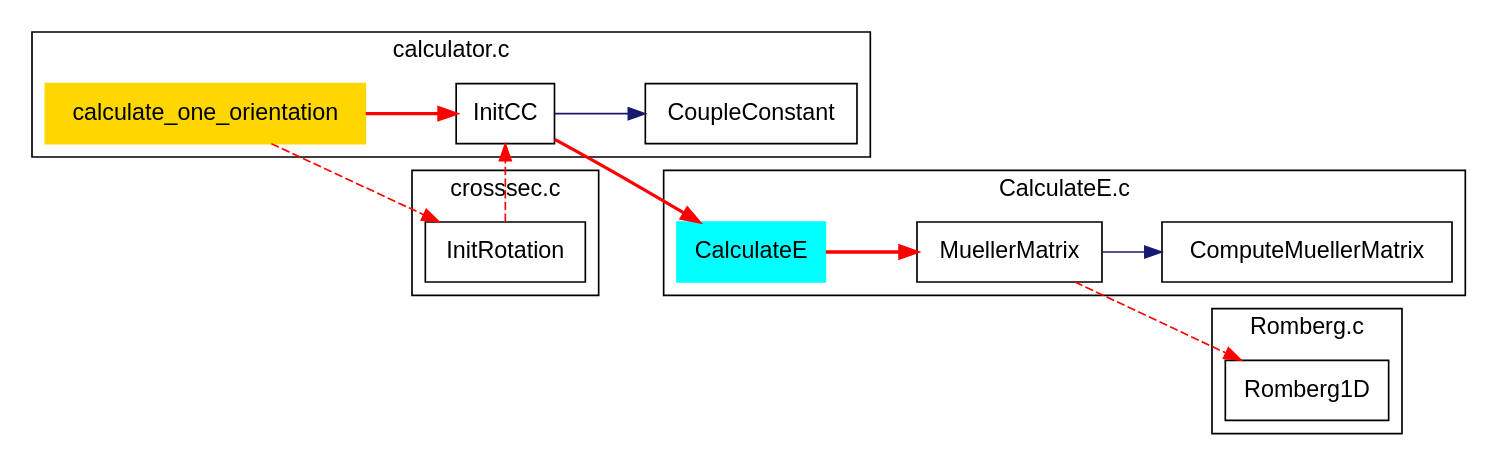
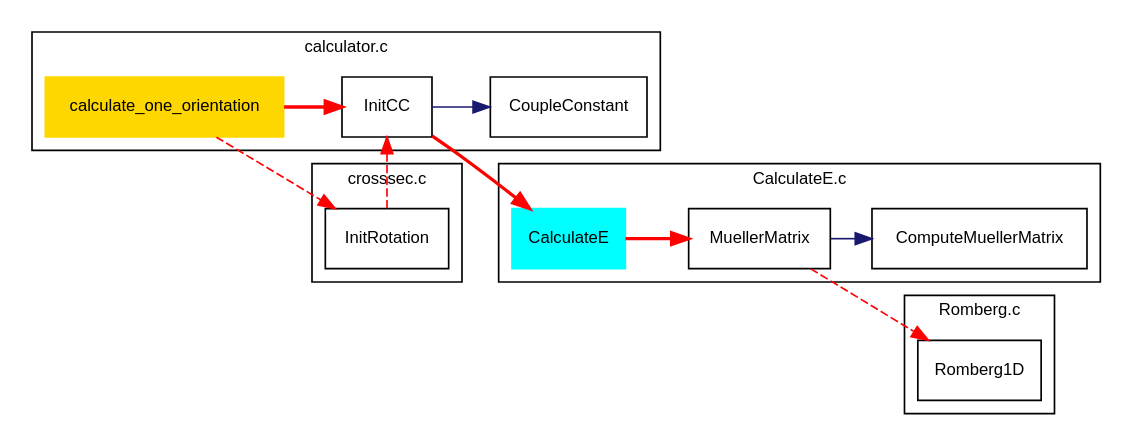
One commit to adda-team/adda changed the diagram in doc/gv/oneori.gv. Above: the diagram before and after it, drawn with Graphviz. The commit also changed 6 other files, not shown here.

```diff
--- a/doc/gv/oneori.gv
+++ b/doc/gv/oneori.gv
@@ -1,30 +1,32 @@
-digraph calc
+digraph oneori
 {
 	rankdir=LR
 	edge [color=midnightblue]
-	node [fontname=Helvetica,shape=box];
+	node [fontname=Helvetica,fontsize=10,shape=box];
 	fontname=Helvetica
+	fontsize=10
+	ranksep=.35
 
 	subgraph cluster_calc {
 		calculate_one_orientation [style=filled,color=gold]
 		InitCC -> CoupleConstant
 		label = "calculator.c"
 	}
 	subgraph cluster_cs {
 		InitRotation
 		label = "crosssec.c";
 	}
 	subgraph cluster_calcE {
 		CalculateE [style=filled,color=cyan]
 		MuellerMatrix -> ComputeMuellerMatrix
 		label = "CalculateE.c";
 	}
 	subgraph cluster_romberg {
 		Romberg1D
 		label = "Romberg.c";
 	}
 
 	calculate_one_orientation -> InitCC -> CalculateE -> MuellerMatrix [color=red,style=bold]
 	calculate_one_orientation -> InitRotation -> InitCC [color=red, style=dashed] 
 	MuellerMatrix -> Romberg1D [color=red, style=dashed]
 }
```
